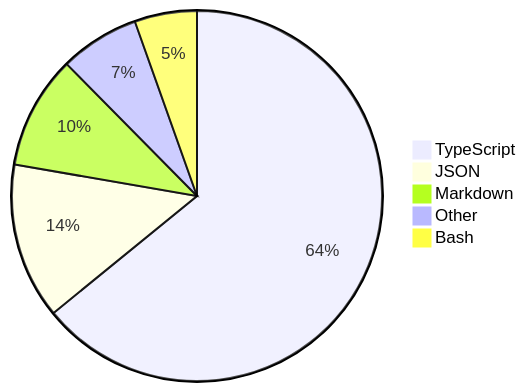
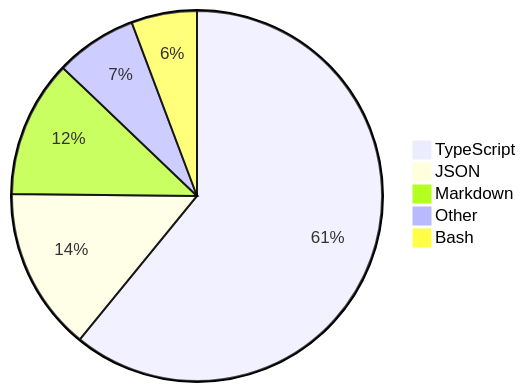
Before and after one commit to skvggor/skvggor: the diagram in README.md, drawn with Mermaid.

Commit message:
Updated waka-readme graph with new metrics

````diff
--- a/README.md
+++ b/README.md
@@ -28,8 +28,8 @@
 ```mermaid
 pie
-    "TypeScript" : 63.6
-    "JSON" : 13.5
-    "Markdown" : 9.8
-    "Other" : 6.9
-    "Bash" : 5.4
+    "TypeScript" : 60.6
+    "JSON" : 14.2
+    "Markdown" : 11.9
+    "Other" : 7.1
+    "Bash" : 5.7
 ```
````
